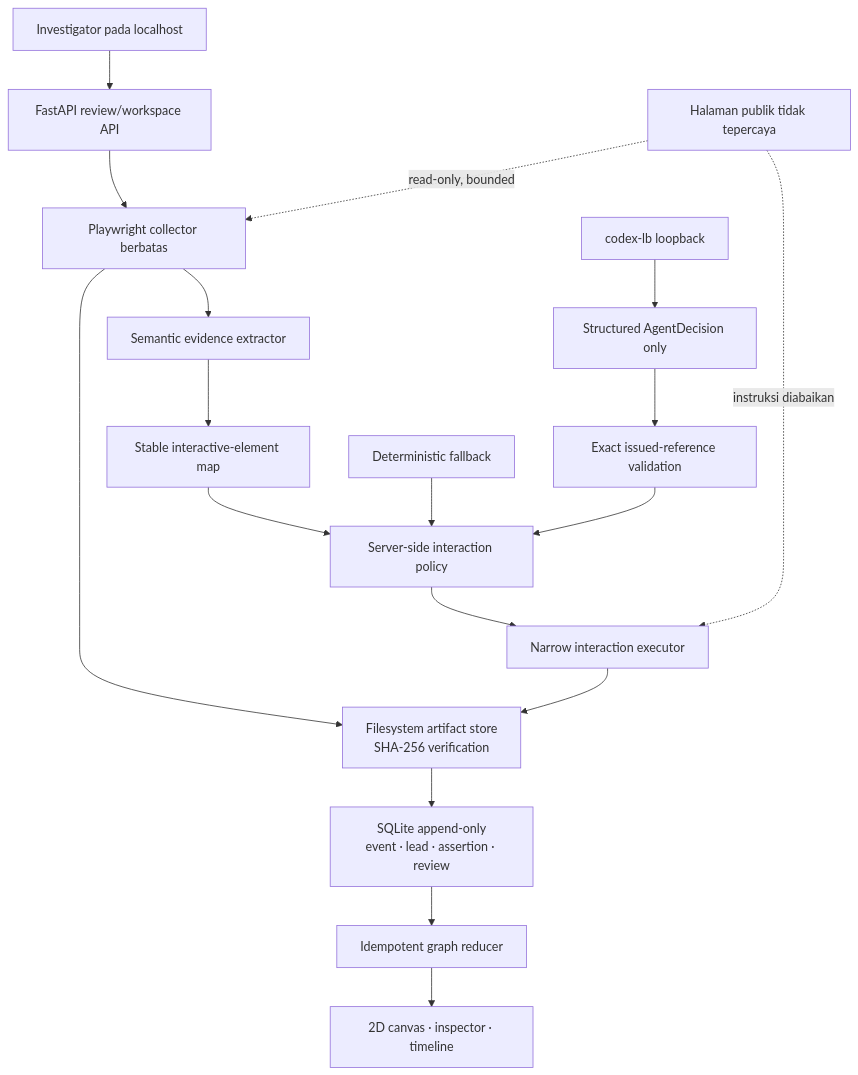
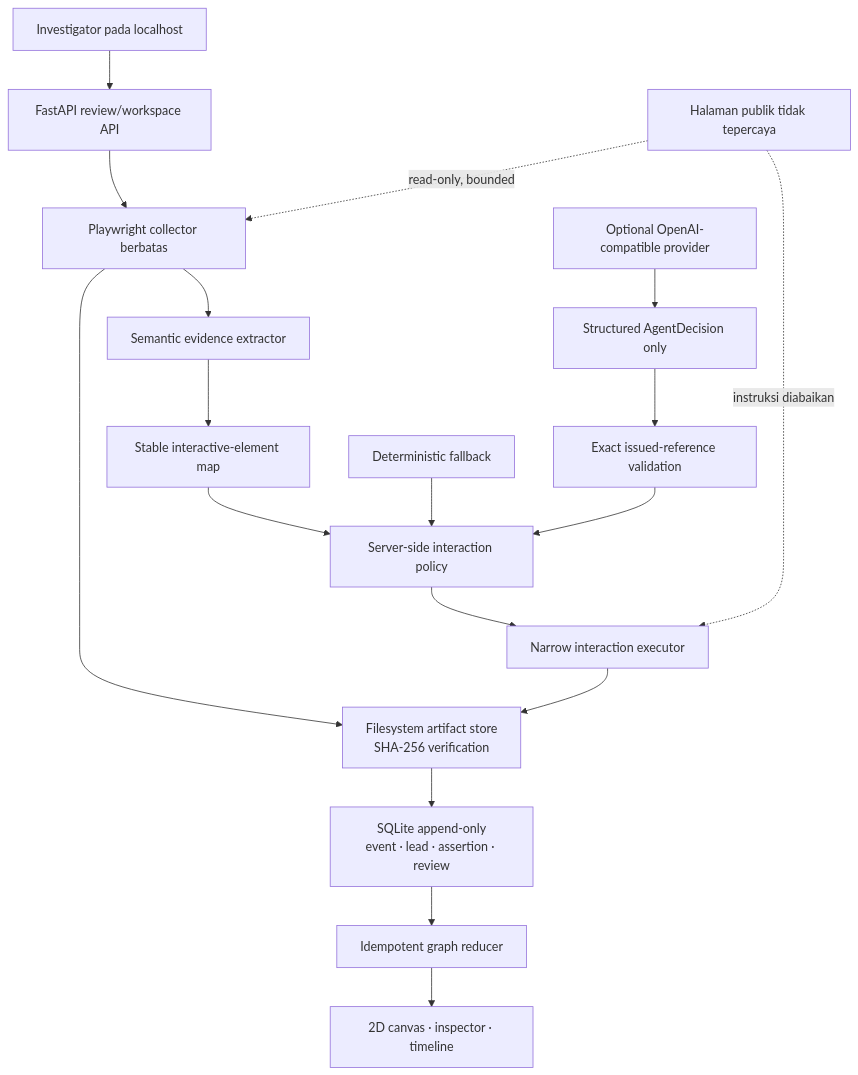
Before and after one commit to myudak/hawkeye-judolgraph: the second of 2 diagrams in gemastik-2026/drafts/PROPOSAL_REVISI.md, drawn with Mermaid. The commit also changed other lines of this file and 199 other files, not shown here.

````diff
--- a/gemastik-2026/drafts/PROPOSAL_REVISI.md
+++ b/gemastik-2026/drafts/PROPOSAL_REVISI.md
@@ -310,21 +310,21 @@
 ```mermaid
 flowchart TD
     U["Investigator pada localhost"] --> API["FastAPI review/workspace API"]
     API --> COL["Playwright collector berbatas"]
     COL --> FS["Filesystem artifact store<br/>SHA-256 verification"]
     COL --> SEM["Semantic evidence extractor"]
     SEM --> MAP["Stable interactive-element map"]
     MAP --> POL["Server-side interaction policy"]
-    LB["codex-lb loopback"] --> DEC["Structured AgentDecision only"]
+    LLM["Optional OpenAI-compatible provider"] --> DEC["Structured AgentDecision only"]
     DEC --> REF["Exact issued-reference validation"]
     FALL["Deterministic fallback"] --> POL
     REF --> POL
     POL --> EXEC["Narrow interaction executor"]
     EXEC --> FS
     FS --> DB["SQLite append-only<br/>event · lead · assertion · review"]
     DB --> RED["Idempotent graph reducer"]
     RED --> UI["2D canvas · inspector · timeline"]
 
     SITE["Halaman publik tidak tepercaya"] -. "read-only, bounded" .-> COL
     SITE -. "instruksi diabaikan" .-> EXEC
 ```
````
